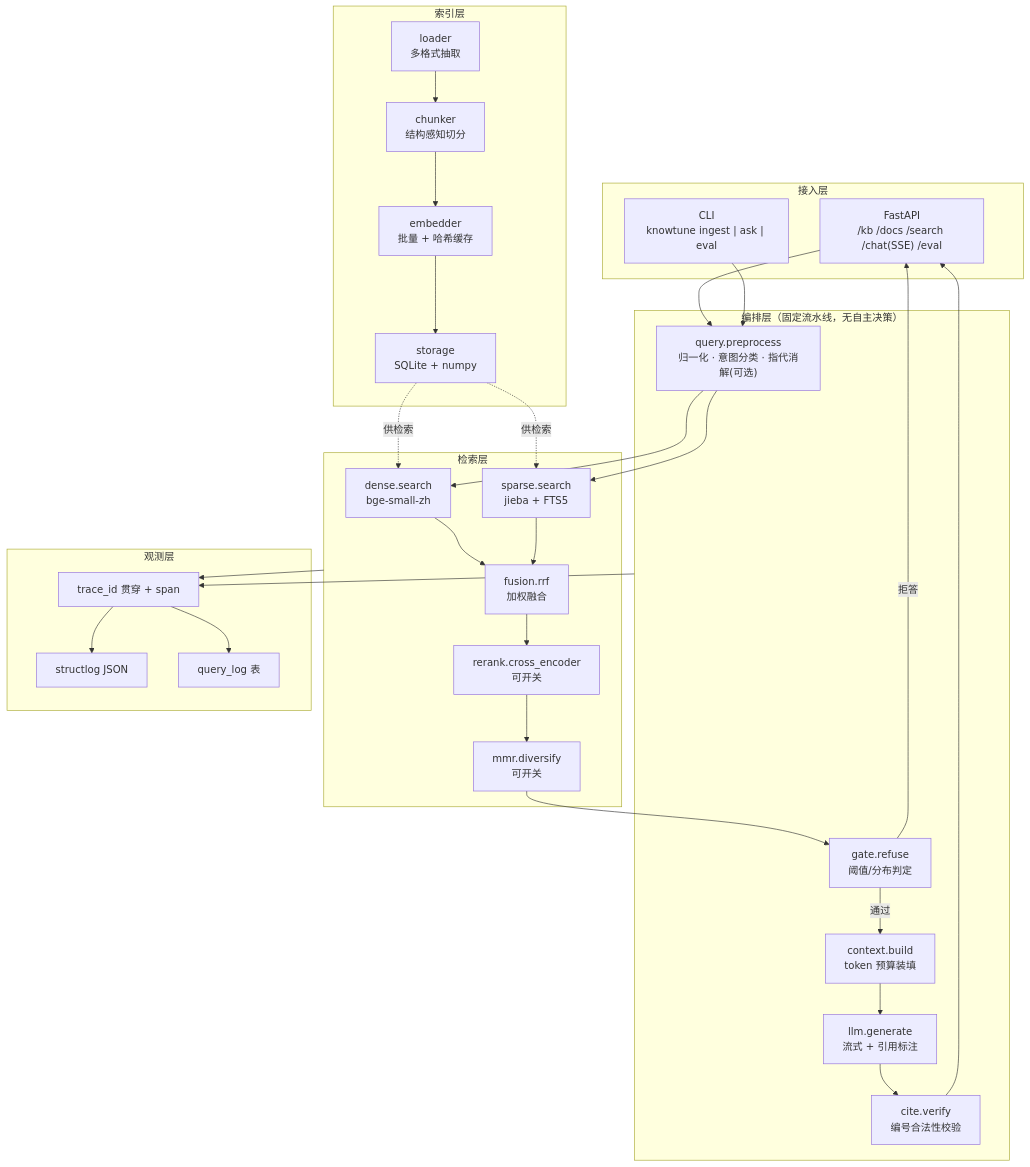
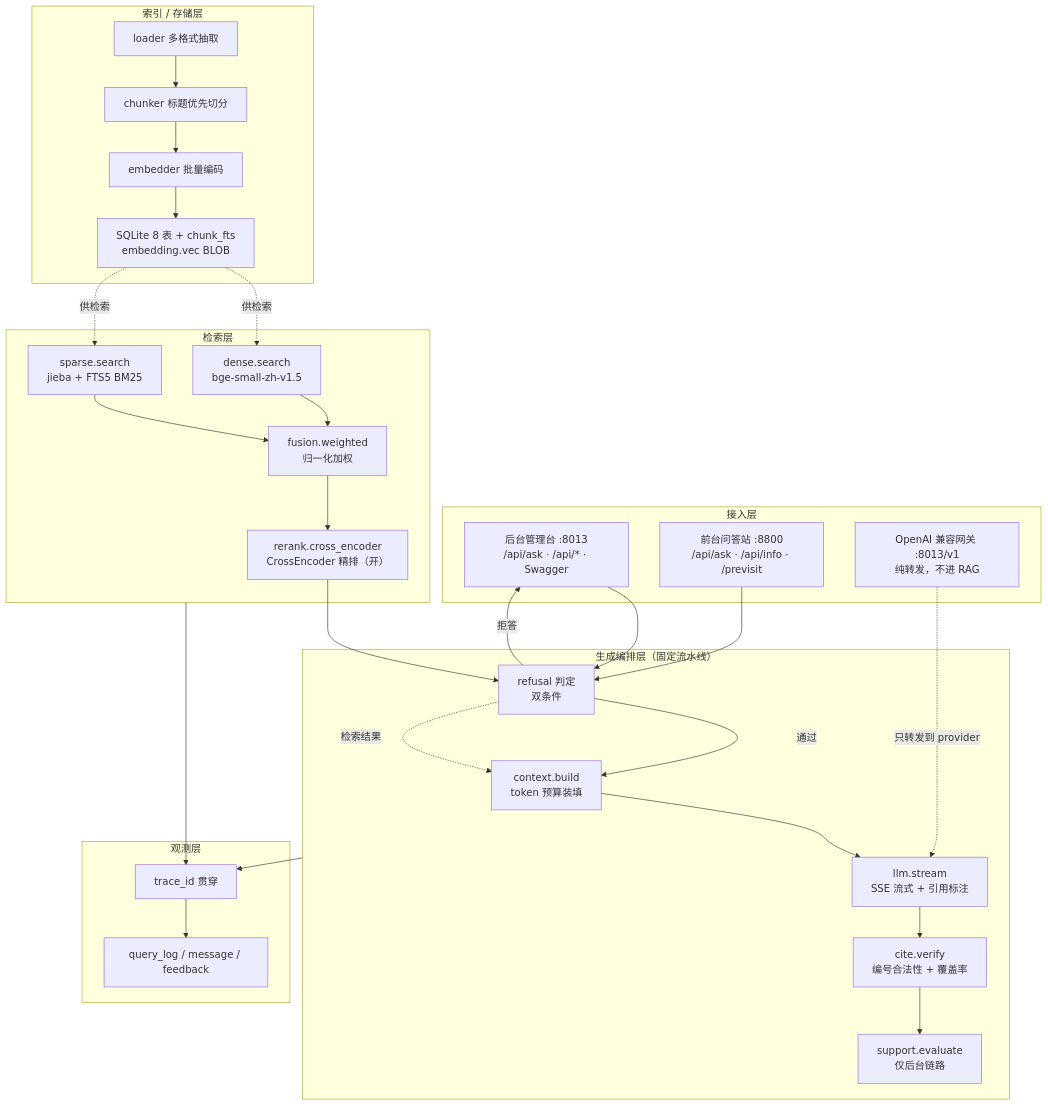
One commit to DLskylife/knowtune changed the diagram in docs/ARCHITECTURE.md. Above: the diagram before and after it, drawn with Mermaid. The commit also changed other lines of this file and 12 other files, not shown here.

````diff
--- a/docs/ARCHITECTURE.md
+++ b/docs/ARCHITECTURE.md
@@ -86,60 +71,53 @@
 ```mermaid
 flowchart TB
   subgraph ACCESS["接入层"]
-    API["FastAPI<br/>/kb /docs /search /chat(SSE) /eval"]
-    CLI["CLI<br/>knowtune ingest | ask | eval"]
+    ADMIN["后台管理台 :8013<br/>/api/ask · /api/* · Swagger"]
+    SITE["前台问答站 :8800<br/>/api/ask · /api/info · /previsit"]
+    GW["OpenAI 兼容网关 :8013/v1<br/>纯转发，不进 RAG"]
   end
 
-  subgraph PIPE["编排层（固定流水线，无自主决策）"]
-    Q["query.preprocess<br/>归一化 · 意图分类 · 指代消解(可选)"]
-    GATE["gate.refuse<br/>阈值/分布判定"]
+  subgraph PIPE["生成编排层（固定流水线）"]
     CTX["context.build<br/>token 预算装填"]
-    GEN["llm.generate<br/>流式 + 引用标注"]
-    CITE["cite.verify<br/>编号合法性校验"]
+    GEN["llm.stream<br/>SSE 流式 + 引用标注"]
+    CITE["cite.verify<br/>编号合法性 + 覆盖率"]
+    SUP["support.evaluate<br/>仅后台链路"]
+    GATE["refusal 判定<br/>双条件"]
   end
 
   subgraph RET["检索层"]
-    D["dense.search<br/>bge-small-zh"]
-    S["sparse.search<br/>jieba + FTS5"]
-    F["fusion.rrf<br/>加权融合"]
-    RR["rerank.cross_encoder<br/>可开关"]
-    MM["mmr.diversify<br/>可开关"]
+    D["dense.search<br/>bge-small-zh-v1.5"]
+    S["sparse.search<br/>jieba + FTS5 BM25"]
+    F["fusion.weighted<br/>归一化加权"]
+    RR["rerank.cross_encoder<br/>CrossEncoder 精排（开）"]
   end
 
-  subgraph IDX["索引层"]
-    LOAD["loader<br/>多格式抽取"]
-    CHK["chunker<br/>结构感知切分"]
-    EMB["embedder<br/>批量 + 哈希缓存"]
-    ST["storage<br/>SQLite + numpy"]
+  subgraph IDX["索引 / 存储层"]
+    LOAD["loader 多格式抽取"]
+    CHK["chunker 标题优先切分"]
+    EMB["embedder 批量编码"]
+    DB["SQLite 8 表 + chunk_fts<br/>embedding.vec BLOB"]
   end
 
   subgraph OBS["观测层"]
-    LOG["structlog JSON"]
-    TR["trace_id 贯穿 + span"]
-    QL["query_log 表"]
+    TR["trace_id 贯穿"]
+    QL["query_log / message / feedback"]
   end
 
-  API --> Q
-  CLI --> Q
-  Q --> D
-  Q --> S
+  ADMIN --> GATE
+  SITE --> GATE
+  GW -.->|只转发到 provider| GEN
+
+  GATE -->|拒答| ADMIN
+  GATE -->|通过| CTX
+  CTX --> GEN --> CITE --> SUP
   D --> F
   S --> F
-  F --> RR
-  RR --> MM
-  MM --> GATE
-  GATE -->|拒答| API
-  GATE -->|通过| CTX
-  CTX --> GEN
-  GEN --> CITE
-  CITE --> API
+  F --> RR --> GATE
+  GATE -.检索结果.-> CTX
 
-  LOAD --> CHK --> EMB --> ST
-  ST -.供检索.-> D
-  ST -.供检索.-> S
-
-  PIPE --> TR
+  LOAD --> CHK --> EMB --> DB
+  DB -.供检索.-> D
+  DB -.供检索.-> S
+  PIPE --> TR --> QL
   RET --> TR
-  TR --> LOG
-  TR --> QL
 ```
````
